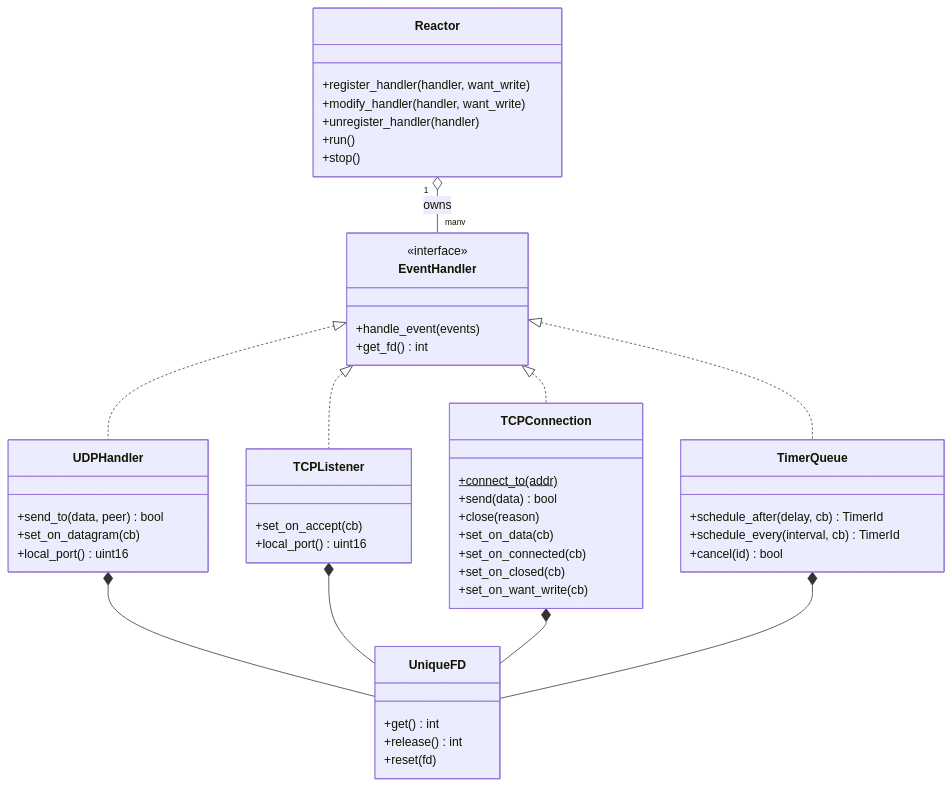
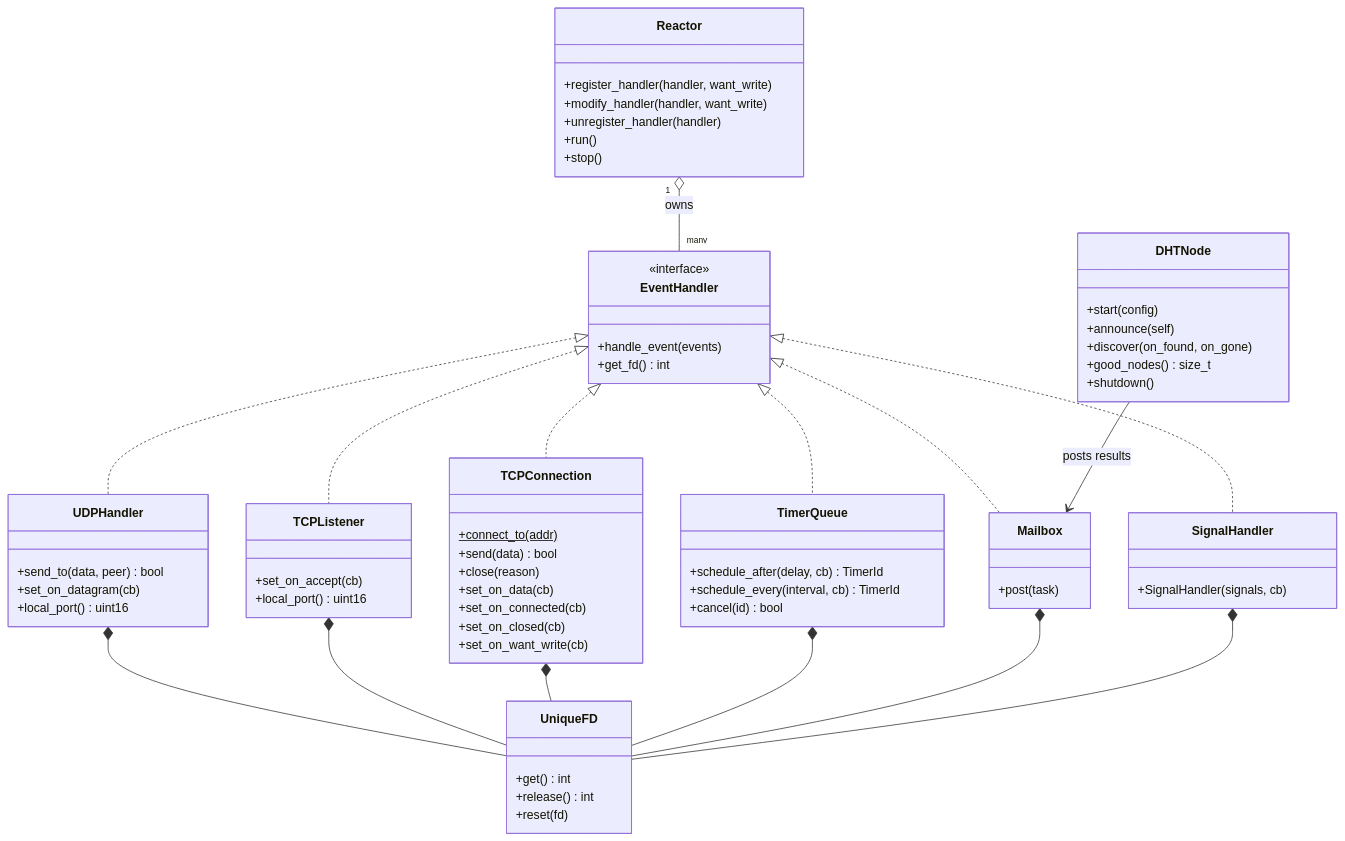
The fourth of 7 diagrams in README.md (vasilev-anri/distributed_key-value_database), drawn with Mermaid before and after one commit. The commit also changed other lines of this file, not shown here.

````diff
--- a/README.md
+++ b/README.md
@@ -158,53 +172,71 @@
 ```mermaid
 classDiagram
     class EventHandler {
         <<interface>>
         +handle_event(events)
         +get_fd() int
     }
     class Reactor {
         +register_handler(handler, want_write)
         +modify_handler(handler, want_write)
         +unregister_handler(handler)
         +run()
         +stop()
     }
     class UniqueFD {
         +get() int
         +release() int
         +reset(fd)
     }
     class UDPHandler {
         +send_to(data, peer) bool
         +set_on_datagram(cb)
         +local_port() uint16
     }
     class TCPListener {
         +set_on_accept(cb)
         +local_port() uint16
     }
     class TCPConnection {
         +connect_to(addr)$
         +send(data) bool
         +close(reason)
         +set_on_data(cb)
         +set_on_connected(cb)
         +set_on_closed(cb)
         +set_on_want_write(cb)
     }
     class TimerQueue {
         +schedule_after(delay, cb) TimerId
         +schedule_every(interval, cb) TimerId
         +cancel(id) bool
     }
+    class Mailbox {
+        +post(task)
+    }
+    class SignalHandler {
+        +SignalHandler(signals, cb)
+    }
+    class DHTNode {
+        +start(config)
+        +announce(self)
+        +discover(on_found, on_gone)
+        +good_nodes() size_t
+        +shutdown()
+    }
 
     EventHandler <|.. UDPHandler
     EventHandler <|.. TCPListener
     EventHandler <|.. TCPConnection
     EventHandler <|.. TimerQueue
+    EventHandler <|.. Mailbox
+    EventHandler <|.. SignalHandler
     Reactor "1" o-- "many" EventHandler : owns
     UDPHandler *-- UniqueFD
     TCPListener *-- UniqueFD
     TCPConnection *-- UniqueFD
     TimerQueue *-- UniqueFD
+    Mailbox *-- UniqueFD
+    SignalHandler *-- UniqueFD
+    DHTNode --> Mailbox : posts results
 ```
````
